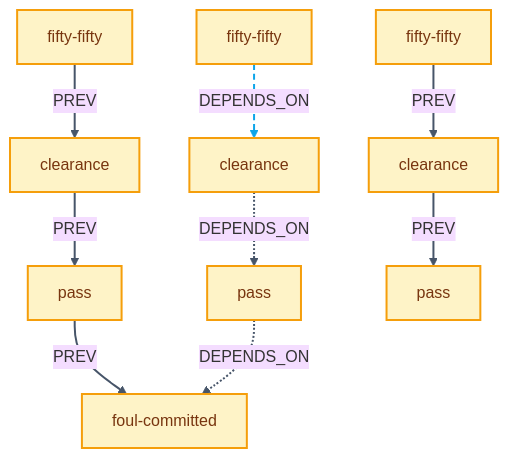
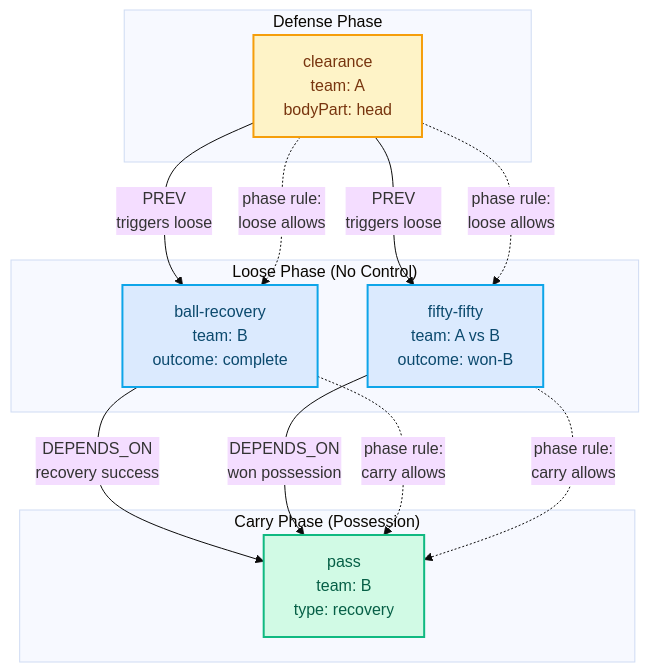
Before and after one commit to saadshahd/saadshahd.github.io: the second of 3 diagrams in src/pages/portfolio/statsbomb.mdx, drawn with Mermaid (base theme). The commit also changed other lines of this file and 1 other file, not shown here.

First line of the commit message:
Expand Statsbomb case study with detailed DSL examples and phase-driven architecture

````diff
--- a/src/pages/portfolio/statsbomb.mdx
+++ b/src/pages/portfolio/statsbomb.mdx
@@ -284,19 +427,49 @@
 ```mermaid
 graph TD
-    FF1[fifty-fifty] -->|PREV| CL1[clearance]
-    CL1 -->|PREV| P1[pass]
-    P1 -->|PREV| FC[foul-committed]
+    subgraph "Defense Phase"
+        CL["clearance
+        team: A
+        bodyPart: head"]
+    end
 
-    FF2[fifty-fifty] -.->|DEPENDS_ON| CL2[clearance]
-    CL2 -.->|DEPENDS_ON| P2[pass]
-    P2 -.->|DEPENDS_ON| FC
+    subgraph "Loose Phase (No Control)"
+        BR["ball-recovery
+        team: B
+        outcome: complete"]
+        FF["fifty-fifty
+        team: A vs B
+        outcome: won-B"]
+    end
 
-    FF3[fifty-fifty] -->|PREV| CL3[clearance]
-    CL3 -->|PREV| P3[pass]
+    subgraph "Carry Phase (Possession)"
+        PASS["pass
+        team: B
+        type: recovery"]
+    end
 
-    classDef atomic fill:#FEF3C7,stroke:#F59E0B,stroke-width:2px,color:#78350F
-    class FF1,CL1,P1,FC,FF2,CL2,P2,FF3,CL3,P3 atomic
+    CL -->|PREV
+    triggers loose| BR
+    CL -->|PREV
+    triggers loose| FF
+    BR -->|DEPENDS_ON
+    recovery success| PASS
+    FF -->|DEPENDS_ON
+    won possession| PASS
 
-    linkStyle 0,1,2,4,5,6,7 stroke:#475569,stroke-width:2px
-    linkStyle 3 stroke:#0EA5E9,stroke-width:2px,stroke-dasharray:6 4
+    CL -.->|phase rule:
+    loose allows| BR
+    CL -.->|phase rule:
+    loose allows| FF
+    BR -.->|phase rule:
+    carry allows| PASS
+    FF -.->|phase rule:
+    carry allows| PASS
+
+    classDef defense fill:#FEF3C7,stroke:#F59E0B,stroke-width:2px,color:#78350F
+    classDef loose fill:#DBEAFE,stroke:#0EA5E9,stroke-width:2px,color:#0C4A6E
+    classDef carry fill:#D1FAE5,stroke:#10B981,stroke-width:2px,color:#065F46
+
+    class CL defense
+    class BR,FF loose
+    class PASS carry
 ```
````
